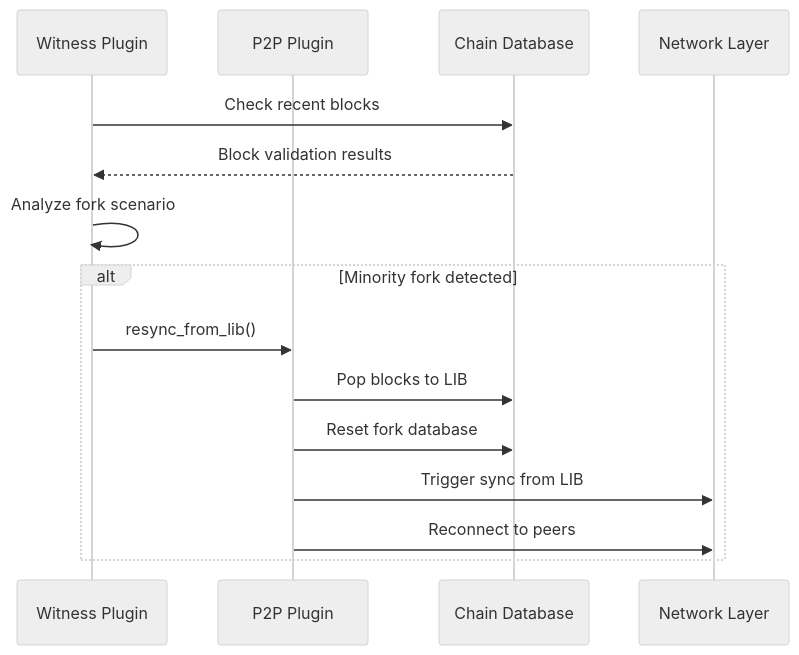
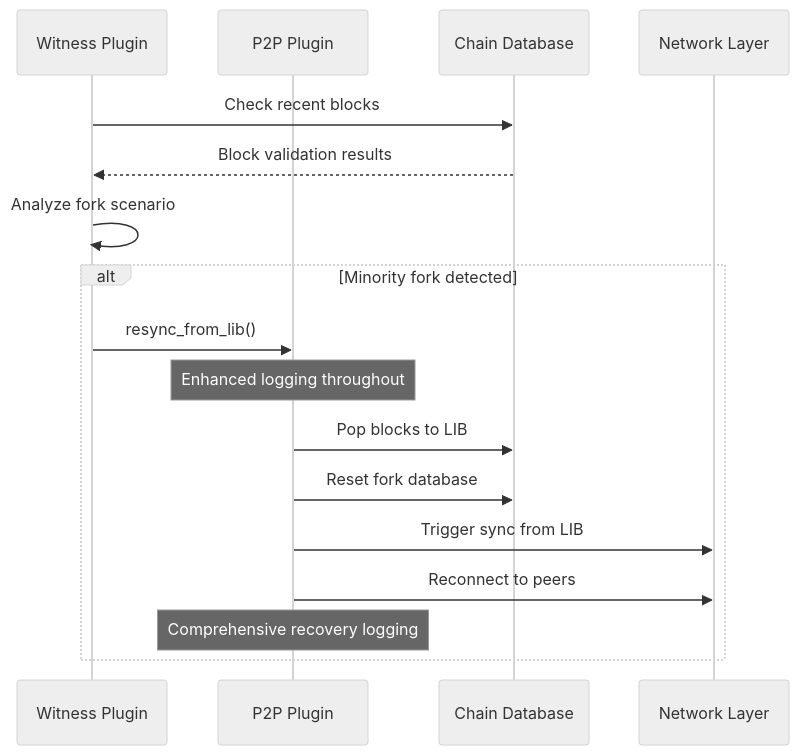
Diagram 21 of 25 in .qoder/repowiki/en/content/P2p Plugin.md (VIZ-Blockchain/viz-cpp-node), drawn with Mermaid (neutral theme) before and after one commit. The commit also changed other lines of this file and 4 other files, not shown here.

First line of the commit message:
feat(dlt_block_log): add comprehensive block range management and enhanced P2P sync

````diff
--- a/.qoder/repowiki/en/content/P2p Plugin.md
+++ b/.qoder/repowiki/en/content/P2p Plugin.md
@@ -422,17 +757,19 @@
 ```mermaid
 sequenceDiagram
 participant Witness as Witness Plugin
 participant P2P as P2P Plugin
 participant Chain as Chain Database
 participant Network as Network Layer
 Witness->>Chain : Check recent blocks
 Chain-->>Witness : Block validation results
 Witness->>Witness : Analyze fork scenario
 alt Minority fork detected
 Witness->>P2P : resync_from_lib()
+Note over P2P : Enhanced logging throughout
 P2P->>Chain : Pop blocks to LIB
 P2P->>Chain : Reset fork database
 P2P->>Network : Trigger sync from LIB
 P2P->>Network : Reconnect to peers
+Note over P2P : Comprehensive recovery logging
 end
 ```
````
